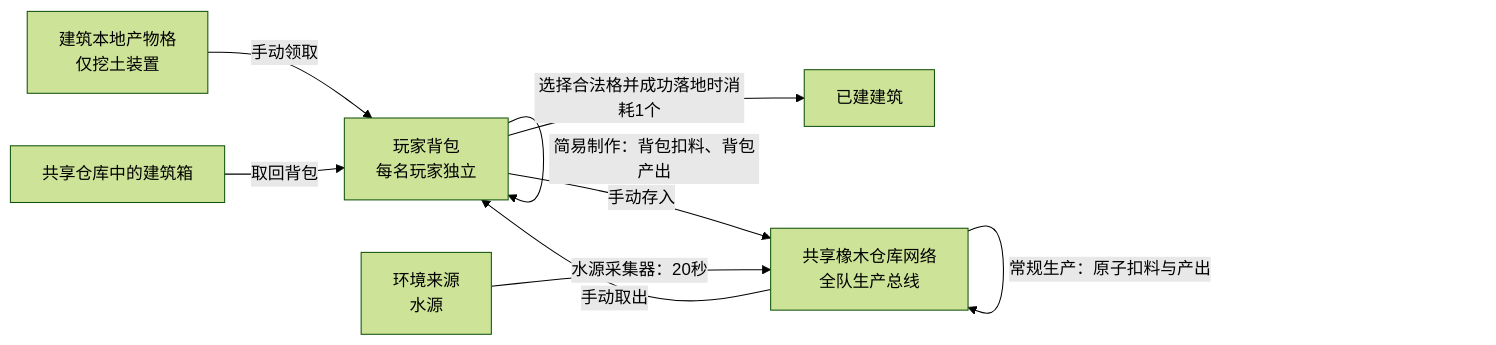
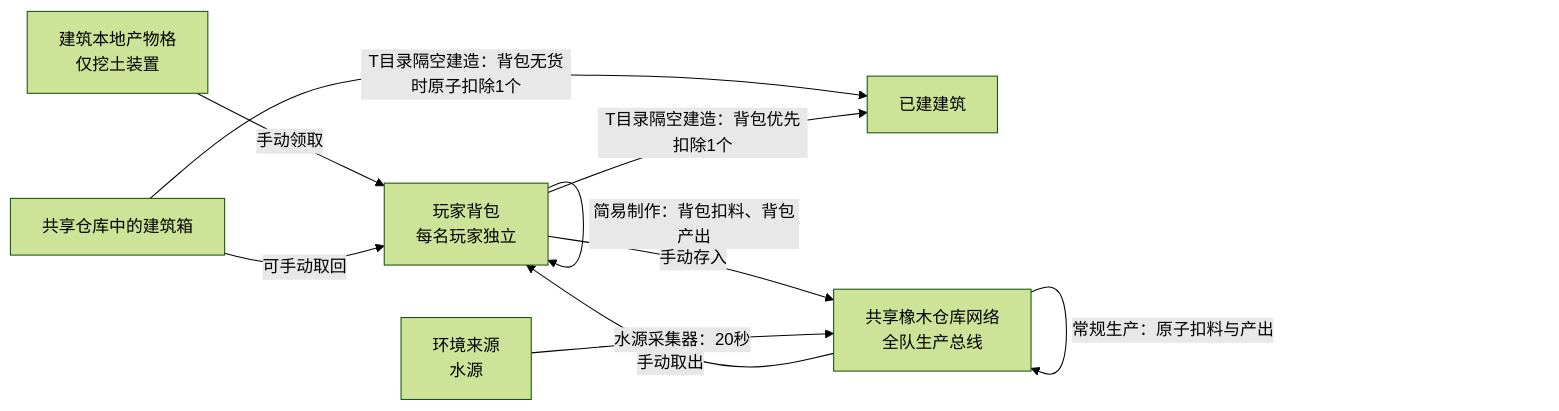
Before and after one commit to wanheng20031114/arc-nice: the first of 9 diagrams in reports/tower_defense_production_flow.md, drawn with Mermaid (forest theme). The commit also changed other lines of this file and 46 other files, not shown here.

````diff
--- a/reports/tower_defense_production_flow.md
+++ b/reports/tower_defense_production_flow.md
@@ -23,17 +23,18 @@
 ```mermaid
 flowchart LR
     P["玩家背包<br/>每名玩家独立"]
     S["共享橡木仓库网络<br/>全队生产总线"]
     L["建筑本地产物格<br/>仅挖土装置"]
     E["环境来源<br/>水源"]
 
     P -->|"简易制作：背包扣料、背包产出"| P
     P -->|"手动存入"| S
     S -->|"手动取出"| P
     S -->|"常规生产：原子扣料与产出"| S
     E -->|"水源采集器：20秒"| S
     L -->|"手动领取"| P
 
-    B["共享仓库中的建筑箱"] -->|"取回背包"| P
-    P -->|"选择合法格并成功落地时消耗1个"| W["已建建筑"]
+    B["共享仓库中的建筑箱"] -->|"可手动取回"| P
+    B -->|"T目录隔空建造：背包无货时原子扣除1个"| W["已建建筑"]
+    P -->|"T目录隔空建造：背包优先扣除1个"| W
 ```
````
